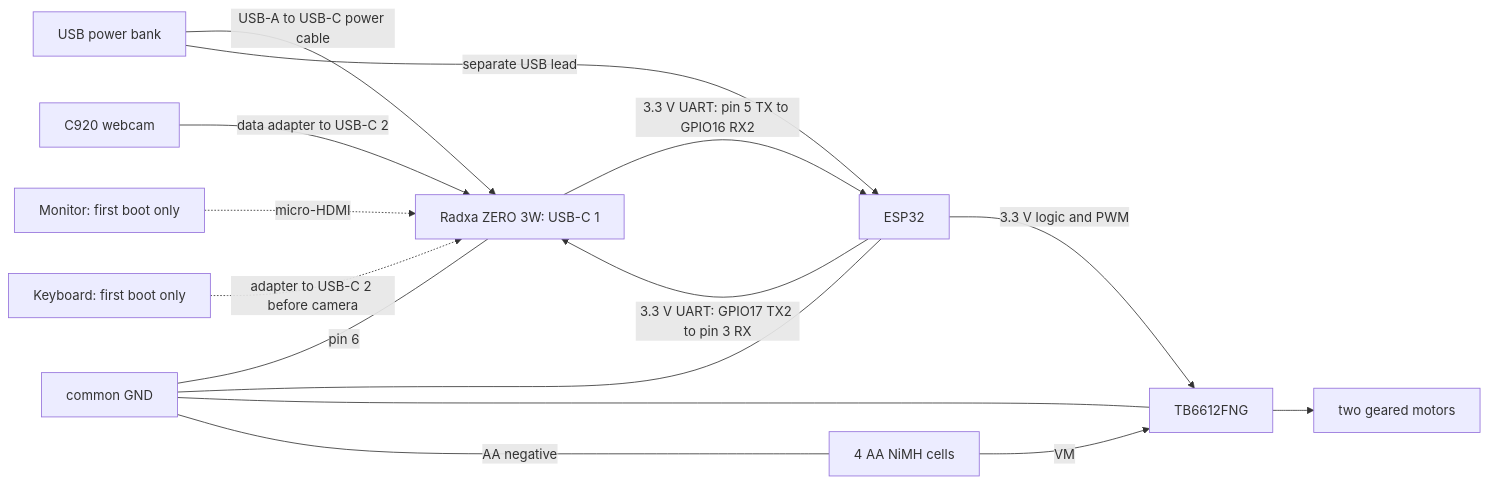
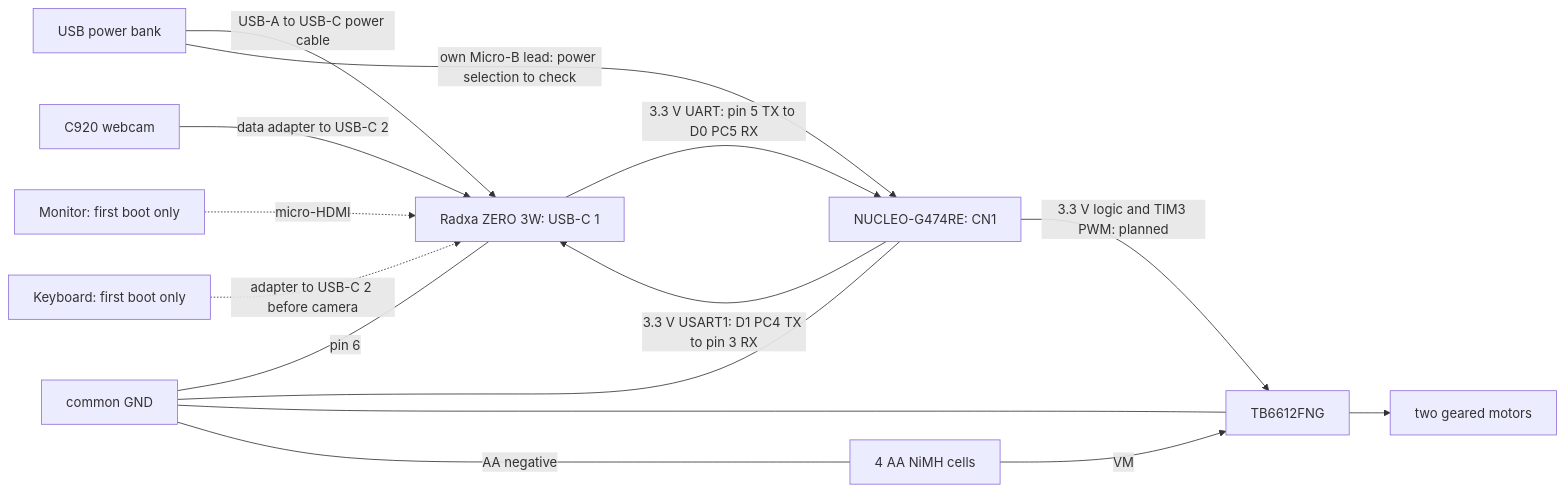
Before and after one commit to 50kfunded/gardening-data-rover: the diagram in hardware/wiring.md, drawn with Mermaid. The commit also changed other lines of this file and 20 other files, not shown here.

````diff
--- a/hardware/wiring.md
+++ b/hardware/wiring.md
@@ -109,17 +159,17 @@
 ```mermaid
 flowchart LR
     bank[USB power bank] -->|USB-A to USB-C power cable| radxa[Radxa ZERO 3W: USB-C 1]
-    bank -->|separate USB lead| esp[ESP32]
+    bank -->|own Micro-B lead: power selection to check| nucleo[NUCLEO-G474RE: CN1]
     camera[C920 webcam] -->|data adapter to USB-C 2| radxa
-    esp -->|3.3 V UART: GPIO17 TX2 to pin 3 RX| radxa
-    radxa -->|3.3 V UART: pin 5 TX to GPIO16 RX2| esp
+    nucleo -->|3.3 V USART1: D1 PC4 TX to pin 3 RX| radxa
+    radxa -->|3.3 V UART: pin 5 TX to D0 PC5 RX| nucleo
     monitor[Monitor: first boot only] -.->|micro-HDMI| radxa
     keyboard[Keyboard: first boot only] -.->|adapter to USB-C 2 before camera| radxa
     cells[4 AA NiMH cells] -->|VM| driver[TB6612FNG]
-    esp -->|3.3 V logic and PWM| driver
+    nucleo -->|3.3 V logic and TIM3 PWM: planned| driver
     driver --> motors[two geared motors]
     ground[common GND] ---|pin 6| radxa
-    ground --- esp
+    ground --- nucleo
     ground --- driver
     ground ---|AA negative| cells
 ```
````
